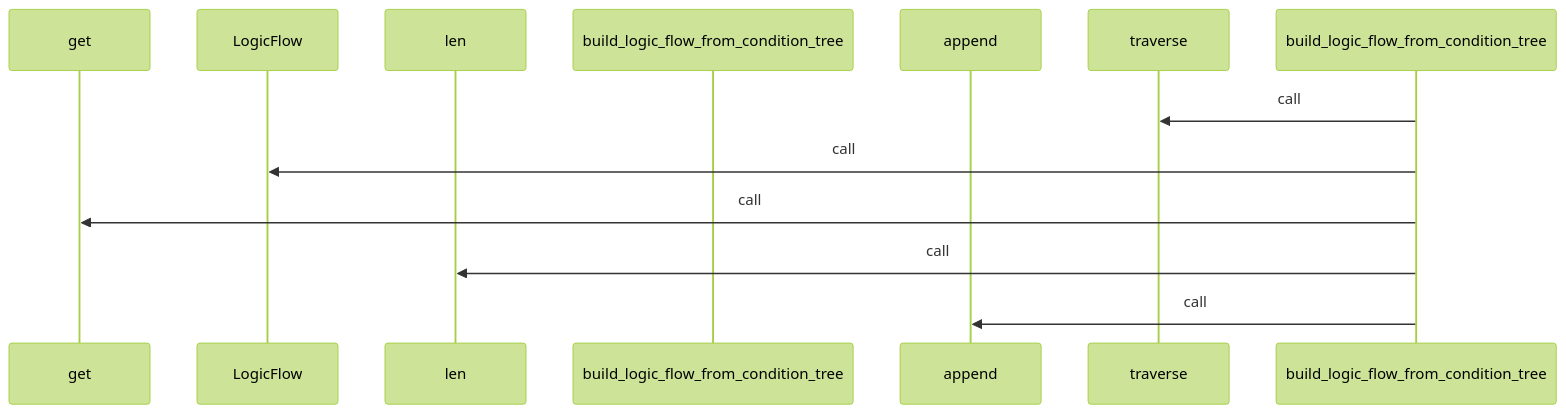
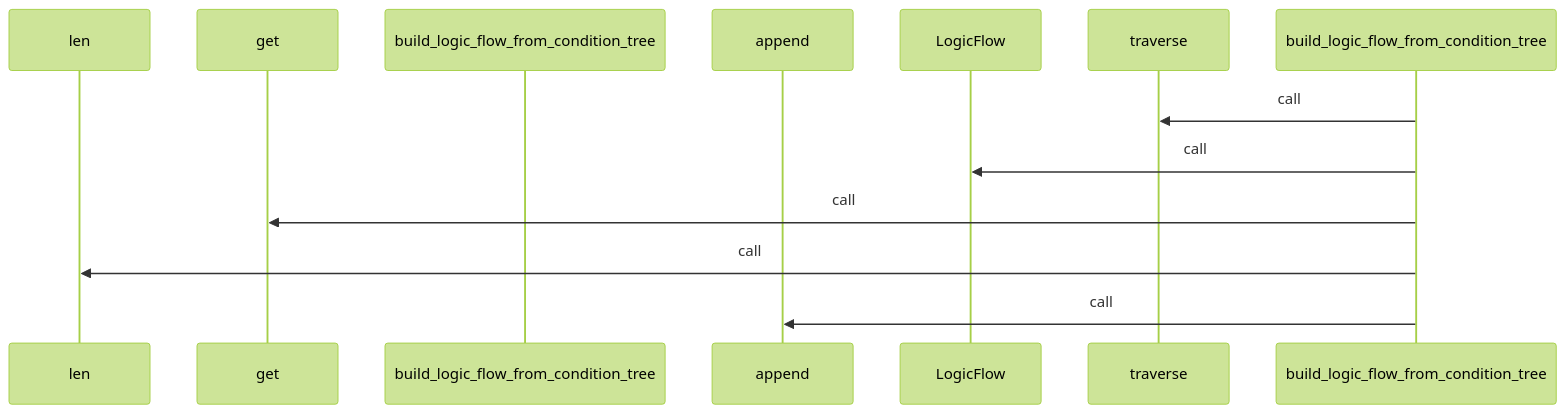
One commit to yeonjae-personal/codemuse-backend changed the fourth of 5 diagrams in generated_docs/rule_analyzer/analyzers/logic_flow.md. Above: the diagram before and after it, drawn with Mermaid (forest theme). The commit also changed other lines of this file and 3378 other files, not shown here.

````diff
--- a/generated_docs/rule_analyzer/analyzers/logic_flow.md
+++ b/generated_docs/rule_analyzer/analyzers/logic_flow.md
@@ -133,14 +133,14 @@
 ```mermaid
 sequenceDiagram
+  participant len as len
   participant get as get
-  participant LogicFlow as LogicFlow
-  participant len as len
   participant build_logic_flow_from_co as build_logic_flow_from_condition_tree
   participant append as append
+  participant LogicFlow as LogicFlow
   participant traverse as traverse
   build_logic_flow_from_condition_tree->>traverse: call
   build_logic_flow_from_condition_tree->>LogicFlow: call
   build_logic_flow_from_condition_tree->>get: call
   build_logic_flow_from_condition_tree->>len: call
   build_logic_flow_from_condition_tree->>append: call
 ```
````
